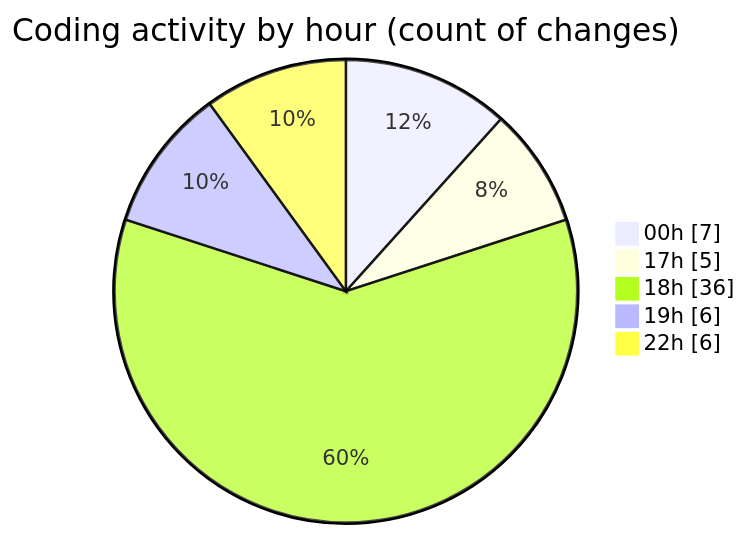
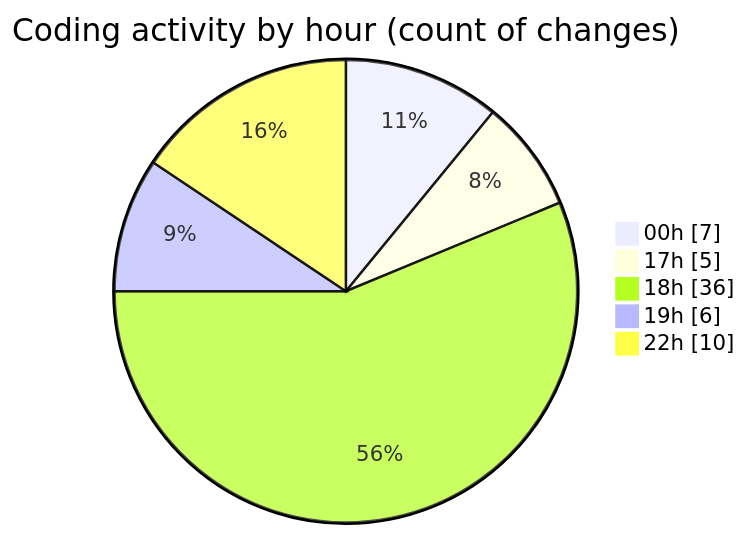
One commit to Elitesun/code-tracking changed the second of 2 diagrams in 2025-05-25/elitesun/README.md. Above: the diagram before and after it, drawn with Mermaid. The commit also changed other lines of this file and 1 other file, not shown here.

````diff
--- a/2025-05-25/elitesun/README.md
+++ b/2025-05-25/elitesun/README.md
@@ -40,9 +40,9 @@
 ```mermaid
 pie showData
 title Coding activity by hour (count of changes)
 "00h" : 7
 "17h" : 5
 "18h" : 36
 "19h" : 6
-"22h" : 6
+"22h" : 10
 ```
````
